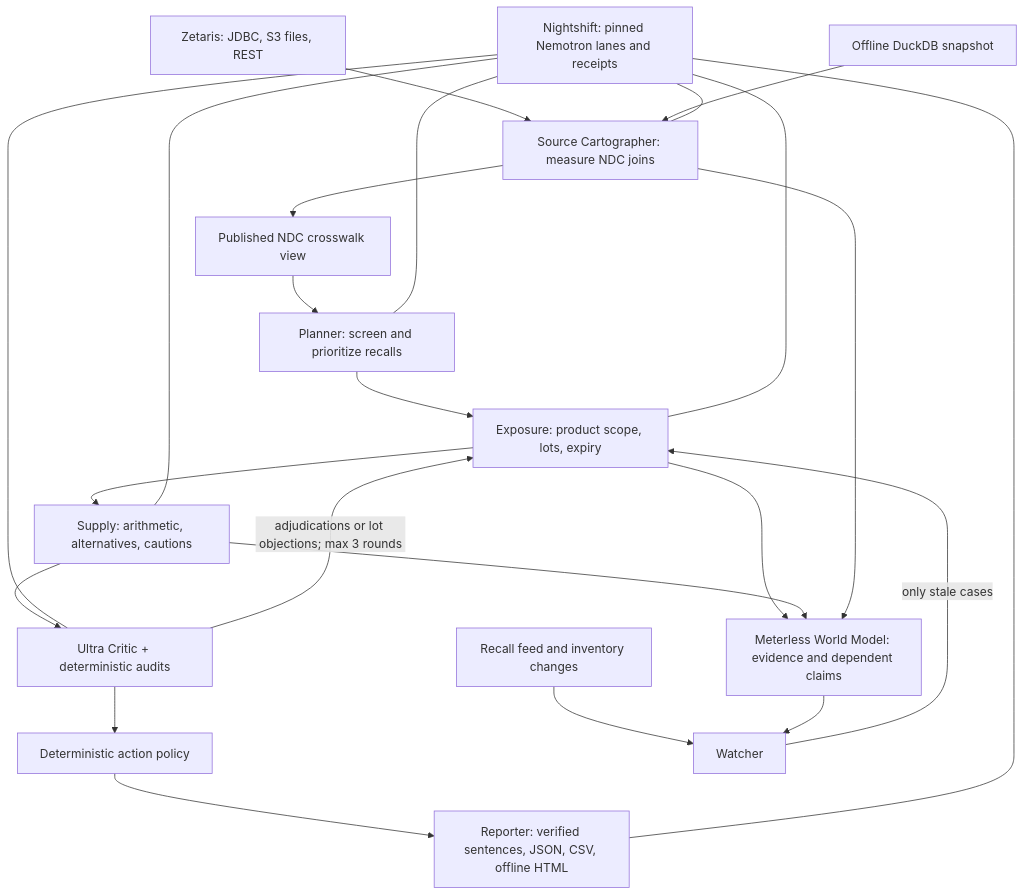
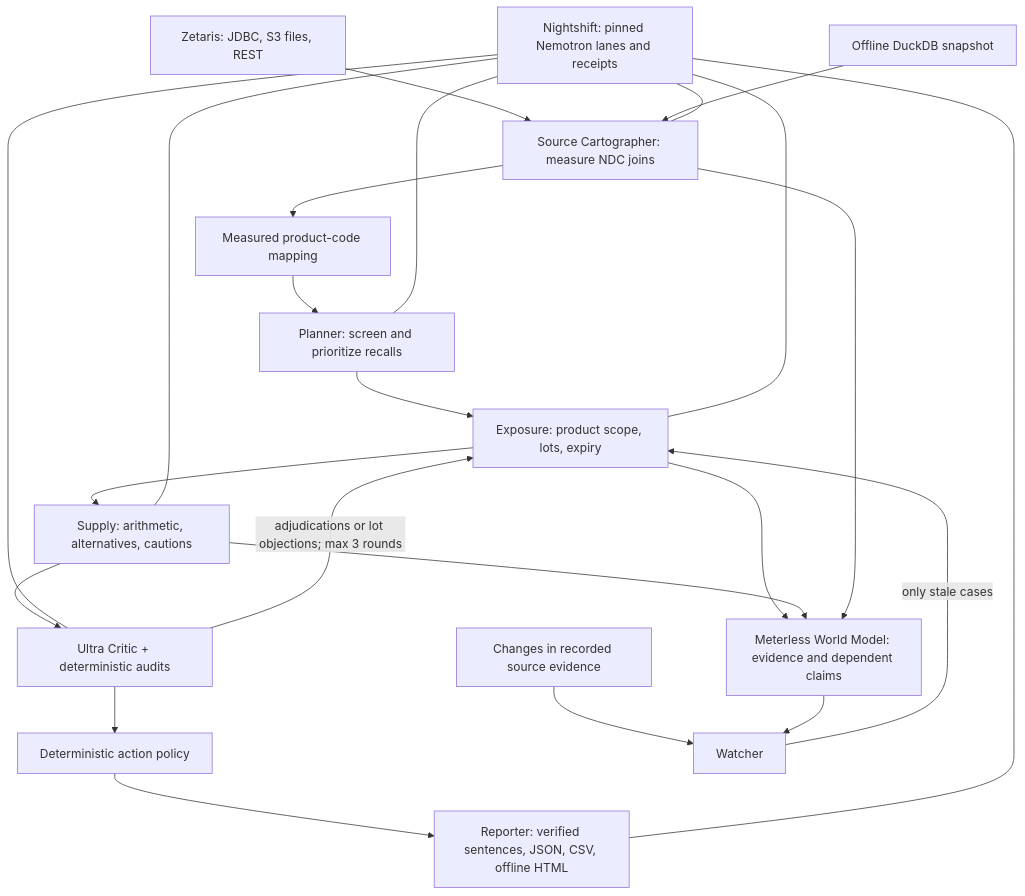
Before and after one commit to calledAdo/lotline: the diagram in README.md, drawn with Mermaid. The commit also changed other lines of this file and 38 other files, not shown here.

First line of the commit message:
Watcher covers every recorded source; per-agent least-privilege Zetaris principals

````diff
--- a/README.md
+++ b/README.md
@@ -71,25 +75,25 @@
 ```mermaid
 flowchart TD
   Data[Zetaris: JDBC, S3 files, REST] --> Cart[Source Cartographer: measure NDC joins]
   Local[Offline DuckDB snapshot] --> Cart
-  Cart --> Cross[Published NDC crosswalk view]
+  Cart --> Cross[Measured product-code mapping]
   Cross --> Planner[Planner: screen and prioritize recalls]
   Planner --> Exposure[Exposure: product scope, lots, expiry]
   Exposure --> Supply[Supply: arithmetic, alternatives, cautions]
   Supply --> Critic[Ultra Critic + deterministic audits]
   Critic -->|adjudications or lot objections; max 3 rounds| Exposure
   Critic --> Policy[Deterministic action policy]
   Policy --> Reporter[Reporter: verified sentences, JSON, CSV, offline HTML]
   Exposure --> WM[Meterless World Model: evidence and dependent claims]
   Supply --> WM
   Cart --> WM
-  Changes[Recall feed and inventory changes] --> Watch[Watcher]
+  Changes[Changes in recorded source evidence] --> Watch[Watcher]
   WM --> Watch
   Watch -->|only stale cases| Exposure
   NS[Nightshift: pinned Nemotron lanes and receipts] --- Cart
   NS --- Planner
   NS --- Exposure
   NS --- Supply
   NS --- Critic
   NS --- Reporter
 ```
````
